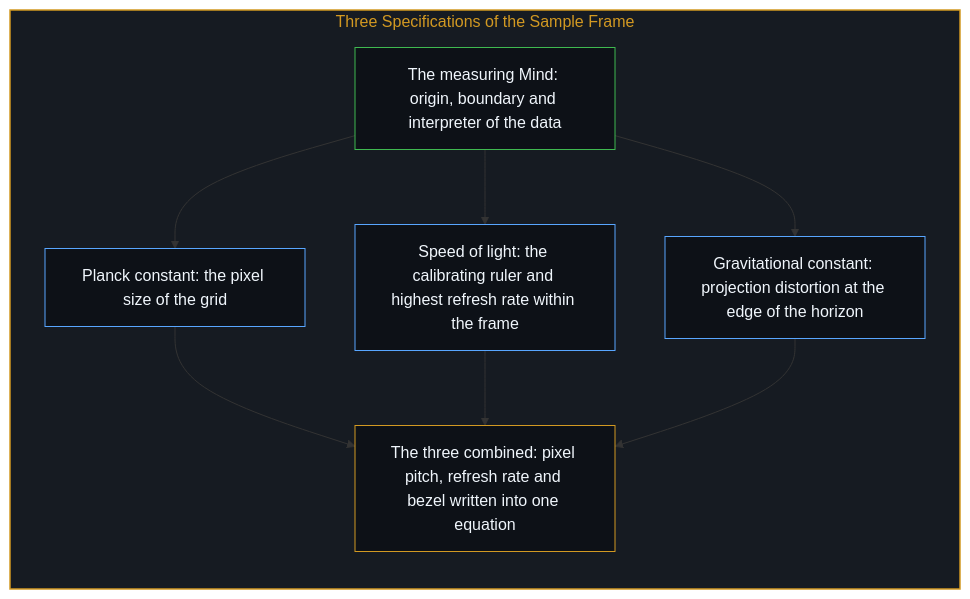
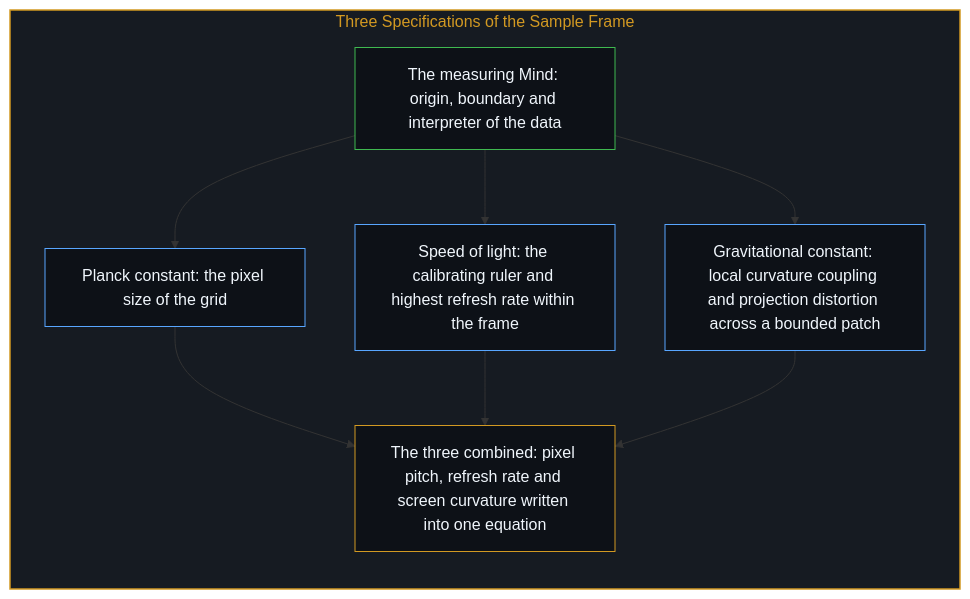
Before and after one commit to powerpig99/not-a-toe: the eighth of 12 diagrams in content/posts/the-black-and-white-sample-frame-and-the-extrapolated-universe.md, drawn with Mermaid. The commit also changed other lines of this file and 1 other file, not shown here.

````diff
--- a/content/posts/the-black-and-white-sample-frame-and-the-extrapolated-universe.md
+++ b/content/posts/the-black-and-white-sample-frame-and-the-extrapolated-universe.md
@@ -251,23 +251,23 @@
 ```mermaid
 flowchart TD
     subgraph S_Specs["Three Specifications of the Sample Frame"]
         direction TB
         Mind["The measuring Mind: origin, boundary and interpreter of the data"]
         Planck["Planck constant: the pixel size of the grid"]
         Light["Speed of light: the calibrating ruler and highest refresh rate within the frame"]
-        Gravity["Gravitational constant: projection distortion at the edge of the horizon"]
-        Unify["The three combined: pixel pitch, refresh rate and bezel written into one equation"]
+        Gravity["Gravitational constant: local curvature coupling and projection distortion across a bounded patch"]
+        Unify["The three combined: pixel pitch, refresh rate and screen curvature written into one equation"]
         Mind --> Planck
         Mind --> Light
         Mind --> Gravity
         Planck --> Unify
         Light --> Unify
         Gravity --> Unify
     end
     style S_Specs fill:#161b22,stroke:#d29922,stroke-width:1.5px,color:#d29922
     style Mind fill:#0d1117,stroke:#3fb950,stroke-width:1px,color:#f0f6fc
     style Planck fill:#0d1117,stroke:#58a6ff,stroke-width:1px,color:#f0f6fc
     style Light fill:#0d1117,stroke:#58a6ff,stroke-width:1px,color:#f0f6fc
     style Gravity fill:#0d1117,stroke:#58a6ff,stroke-width:1px,color:#f0f6fc
     style Unify fill:#0d1117,stroke:#d29922,stroke-width:1px,color:#f0f6fc
 ```
````
